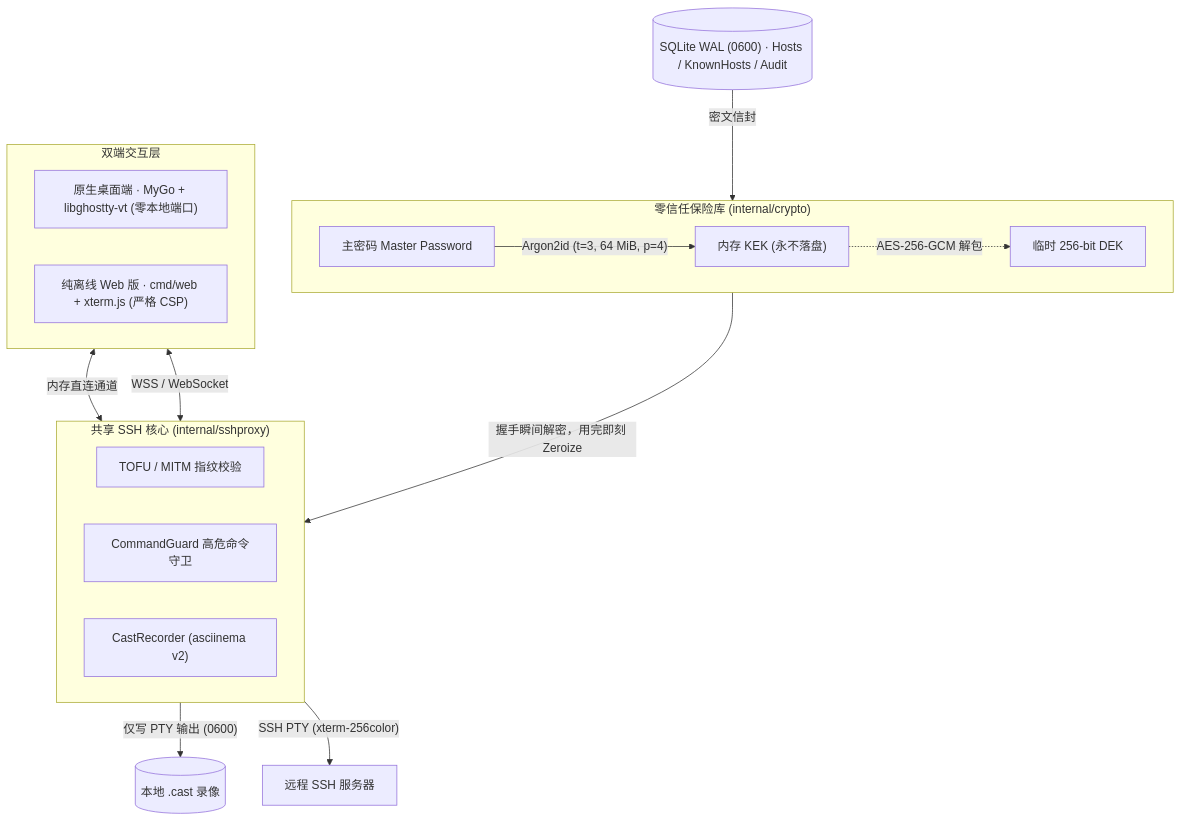
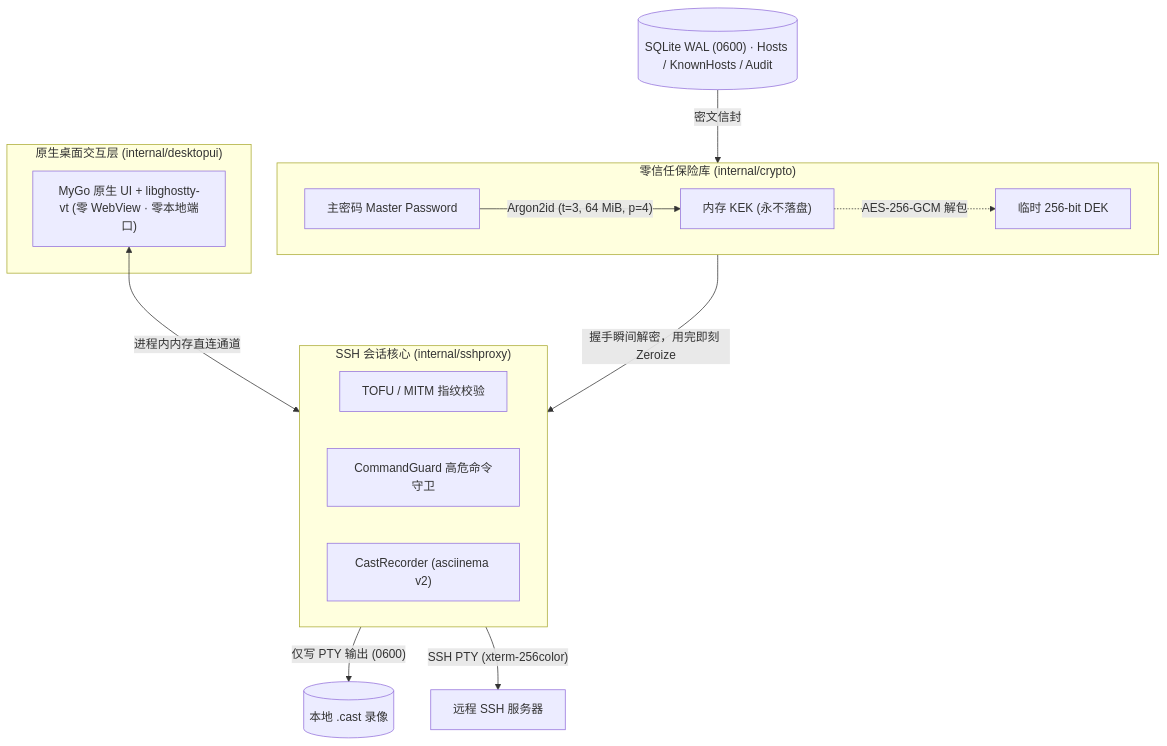
Before and after one commit to pandasir/ssh-guard: the diagram in README.md, drawn with Mermaid. The commit also changed other lines of this file and 31 other files, not shown here.

First line of the commit message:
refactor!: remove web edition and focus exclusively on native desktop

````diff
--- a/README.md
+++ b/README.md
@@ -119,29 +101,26 @@
 ```mermaid
 flowchart TB
     subgraph Vault["零信任保险库 (internal/crypto)"]
         direction LR
         MP["主密码 Master Password"] -->|"Argon2id (t=3, 64 MiB, p=4)"| KEK["内存 KEK (永不落盘)"]
         KEK -.->|"AES-256-GCM 解包"| DEK["临时 256-bit DEK"]
     end
 
     SQLite[("SQLite WAL (0600) · Hosts / KnownHosts / Audit")] -->|"密文信封"| DEK
 
-    subgraph Clients["双端交互层"]
-        direction LR
-        Desktop["原生桌面端 · MyGo + libghostty-vt (零本地端口)"]
-        Web["纯离线 Web 版 · cmd/web + xterm.js (严格 CSP)"]
+    subgraph DesktopUI["原生桌面交互层 (internal/desktopui)"]
+        Desktop["MyGo 原生 UI + libghostty-vt (零 WebView · 零本地端口)"]
     end
 
-    subgraph SSHCore["共享 SSH 核心 (internal/sshproxy)"]
+    subgraph SSHCore["SSH 会话核心 (internal/sshproxy)"]
         direction LR
         TOFU["TOFU / MITM 指纹校验"]
         Guard["CommandGuard 高危命令守卫"]
         Rec["CastRecorder (asciinema v2)"]
     end
 
     DEK -->|"握手瞬间解密，用完即刻 Zeroize"| SSHCore
-    Desktop <-->|"内存直连通道"| SSHCore
-    Web <-->|"WSS / WebSocket"| SSHCore
+    Desktop <-->|"进程内内存直连通道"| SSHCore
     SSHCore -->|"SSH PTY (xterm-256color)"| Target["远程 SSH 服务器"]
     Rec -->|"仅写 PTY 输出 (0600)"| Cast[("本地 .cast 录像")]
 ```
````
